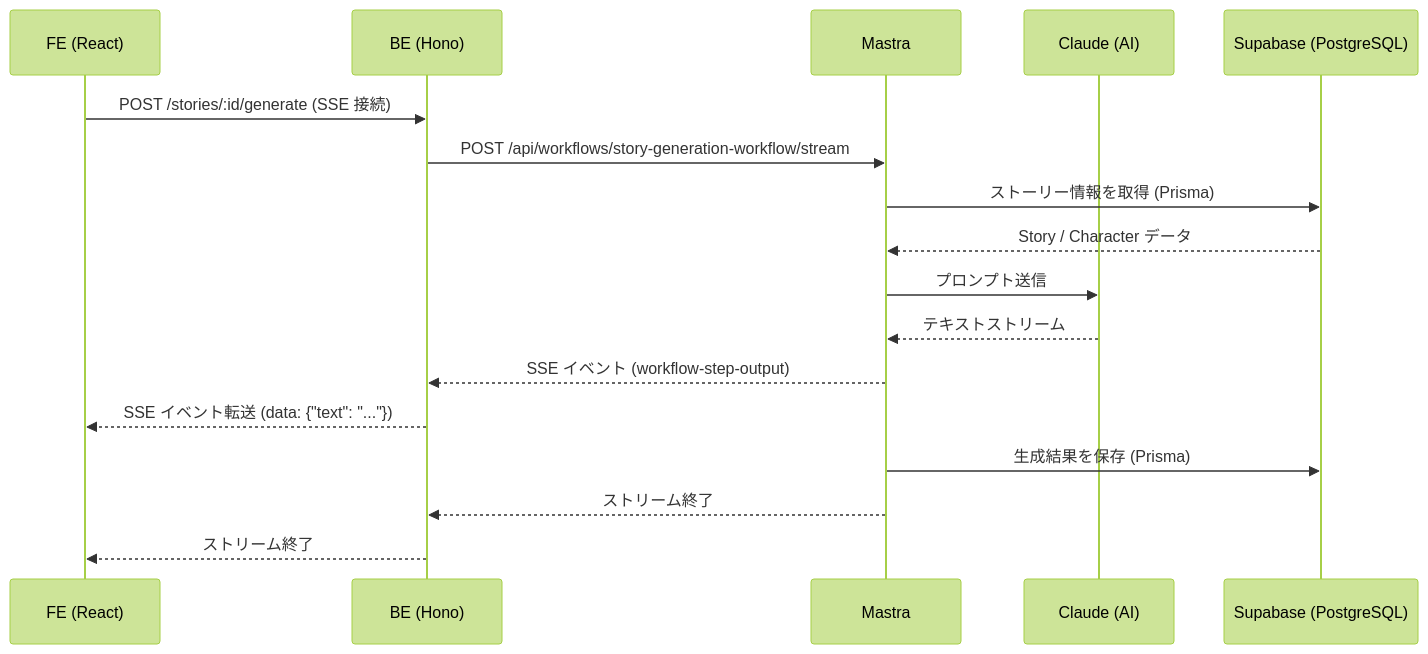
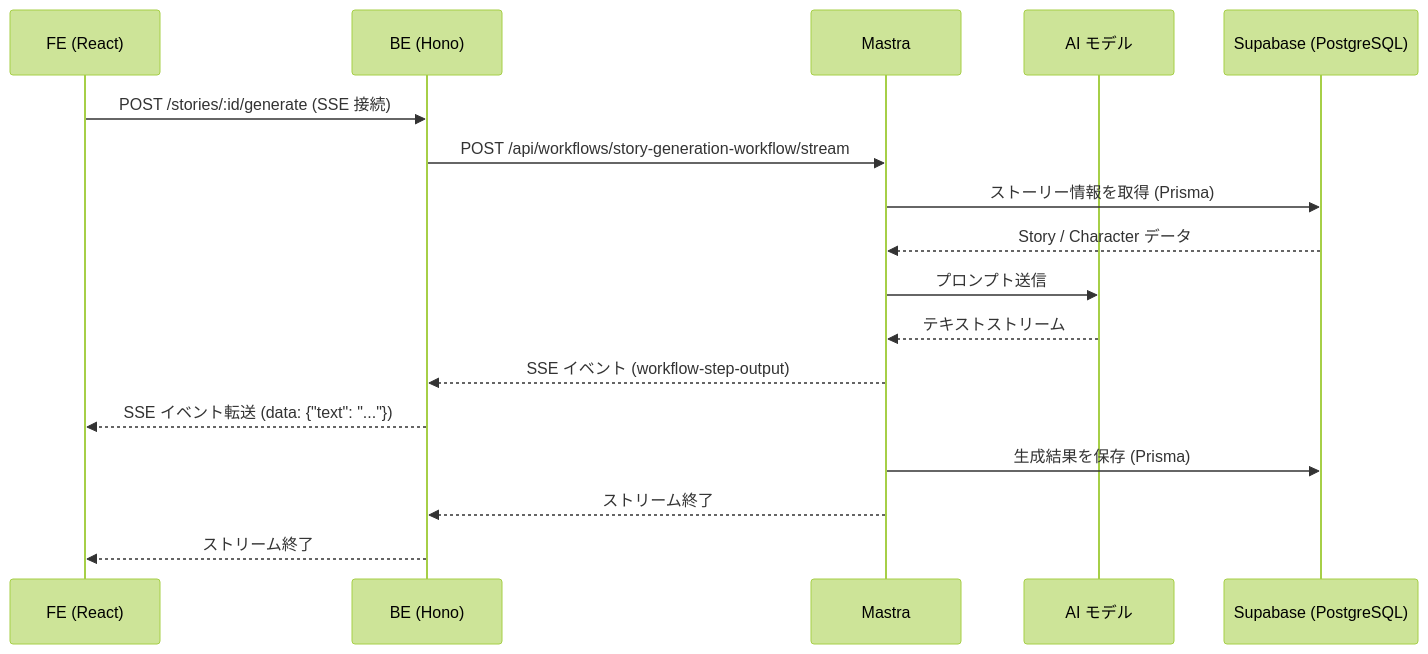
The second of 3 diagrams in README.md (omnivore4lancer/oregatari-be-pub), drawn with Mermaid (forest theme) before and after one commit. The commit also changed other lines of this file, not shown here.

````diff
--- a/README.md
+++ b/README.md
@@ -157,20 +157,20 @@
 ```mermaid
 sequenceDiagram
     participant FE as FE (React)
     participant BE as BE (Hono)
     participant MA as Mastra
-    participant AI as Claude (AI)
+    participant AI as AI モデル
     participant DB as Supabase (PostgreSQL)
 
     FE->>BE: POST /stories/:id/generate (SSE 接続)
     BE->>MA: POST /api/workflows/story-generation-workflow/stream
     MA->>DB: ストーリー情報を取得 (Prisma)
     DB-->>MA: Story / Character データ
     MA->>AI: プロンプト送信
     AI-->>MA: テキストストリーム
     MA-->>BE: SSE イベント (workflow-step-output)
     BE-->>FE: SSE イベント転送 (data: {"text": "..."})
     MA->>DB: 生成結果を保存 (Prisma)
     MA-->>BE: ストリーム終了
     BE-->>FE: ストリーム終了
 ```
````
